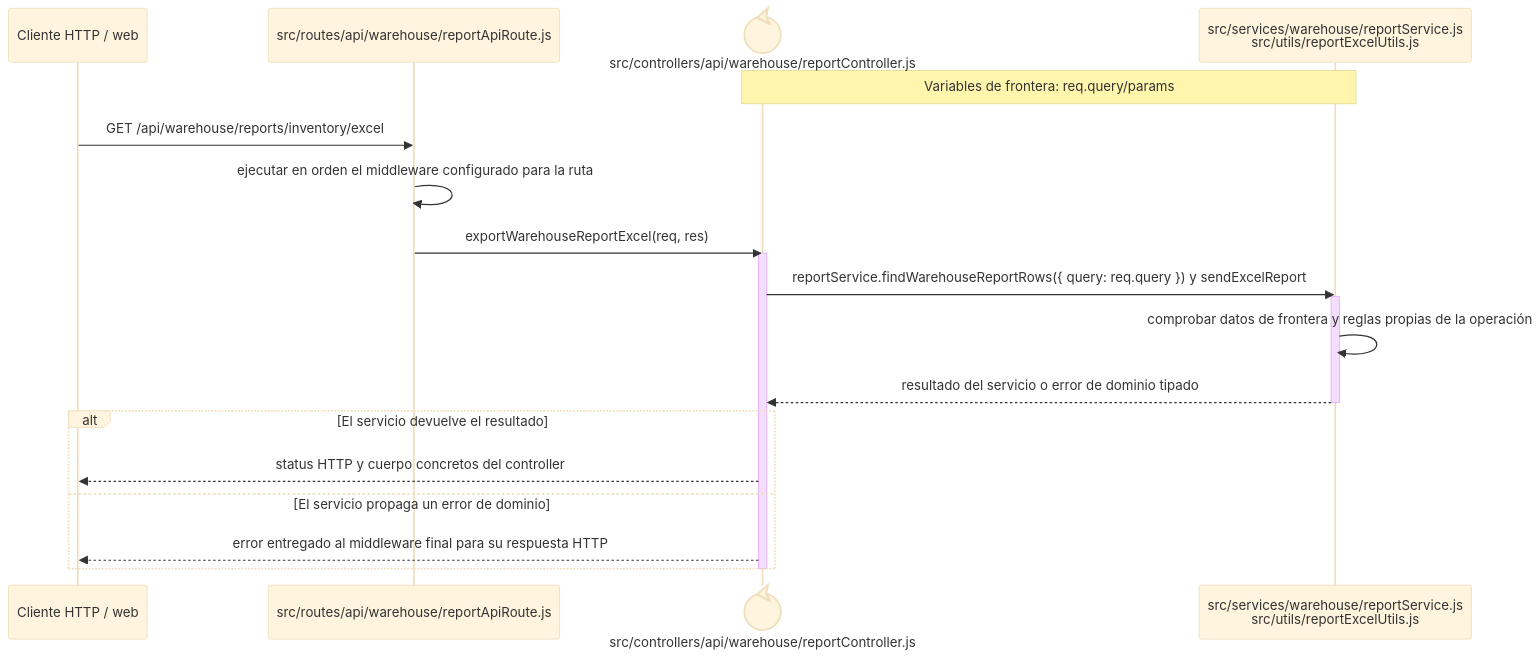
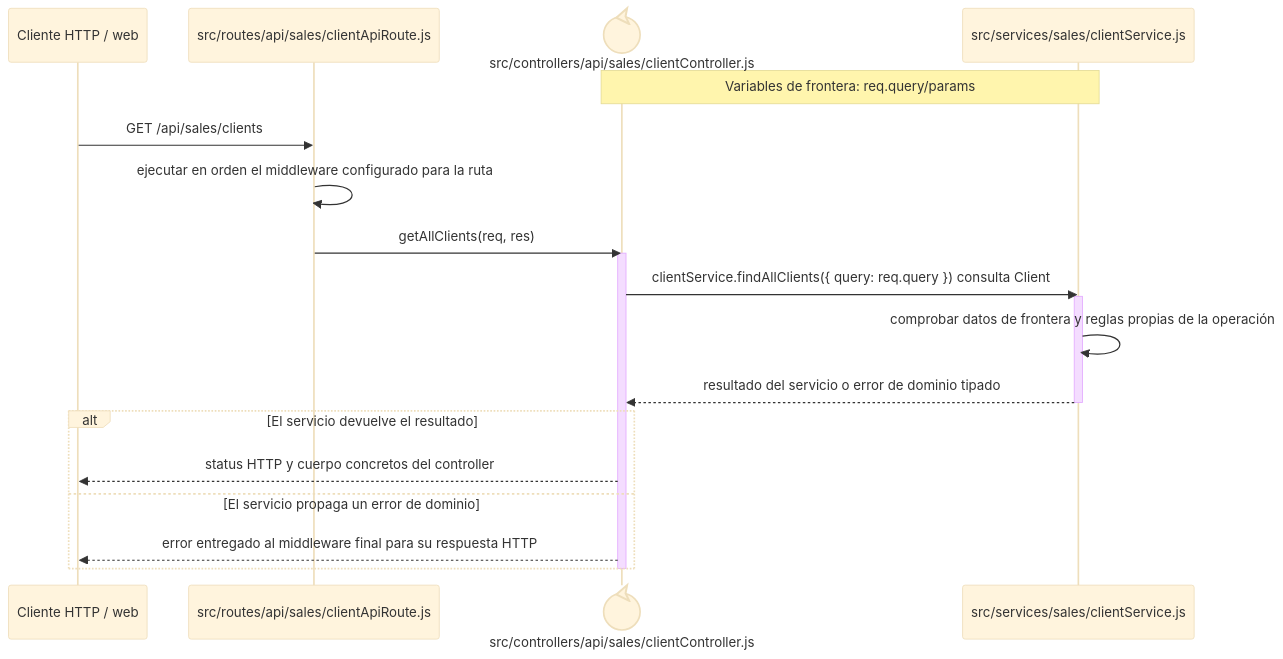
One commit to gpgsistemas01/nexus changed the diagram in docs/architecture/backend-code-sequences/catalogs/cu-cat-06.md. Above: the diagram before and after it, drawn with Mermaid (base theme). The commit also changed other lines of this file and 287 other files, not shown here.

````diff
--- a/docs/architecture/backend-code-sequences/catalogs/cu-cat-06.md
+++ b/docs/architecture/backend-code-sequences/catalogs/cu-cat-06.md
@@ -6,24 +6,24 @@
 ```mermaid
 sequenceDiagram
     participant Client as Cliente HTTP / web
-    participant Route as src/routes/api/warehouse/reportApiRoute.js
-    participant Controller@{ "type": "control" } as src/controllers/api/warehouse/reportController.js
-    participant Domain as src/services/warehouse/reportService.js<br/>src/utils/reportExcelUtils.js
+    participant Route as src/routes/api/sales/clientApiRoute.js
+    participant Controller@{ "type": "control" } as src/controllers/api/sales/clientController.js
+    participant Domain as src/services/sales/clientService.js
     Note over Controller,Domain: Variables de frontera: req.query/params
 
-    Client->>Route: GET /api/warehouse/reports/inventory/excel
+    Client->>Route: GET /api/sales/clients
     Route->>Route: ejecutar en orden el middleware configurado para la ruta
-    Route->>Controller: exportWarehouseReportExcel(req, res)
+    Route->>Controller: getAllClients(req, res)
     activate Controller
-    Controller->>Domain: reportService.findWarehouseReportRows({ query: req.query }) y sendExcelReport
+    Controller->>Domain: clientService.findAllClients({ query: req.query }) consulta Client
     activate Domain
     Domain->>Domain: comprobar datos de frontera y reglas propias de la operación
     Domain-->>Controller: resultado del servicio o error de dominio tipado
     deactivate Domain
     alt El servicio devuelve el resultado
         Controller-->>Client: status HTTP y cuerpo concretos del controller
     else El servicio propaga un error de dominio
         Controller-->>Client: error entregado al middleware final para su respuesta HTTP
     end
     deactivate Controller
 ```
````
